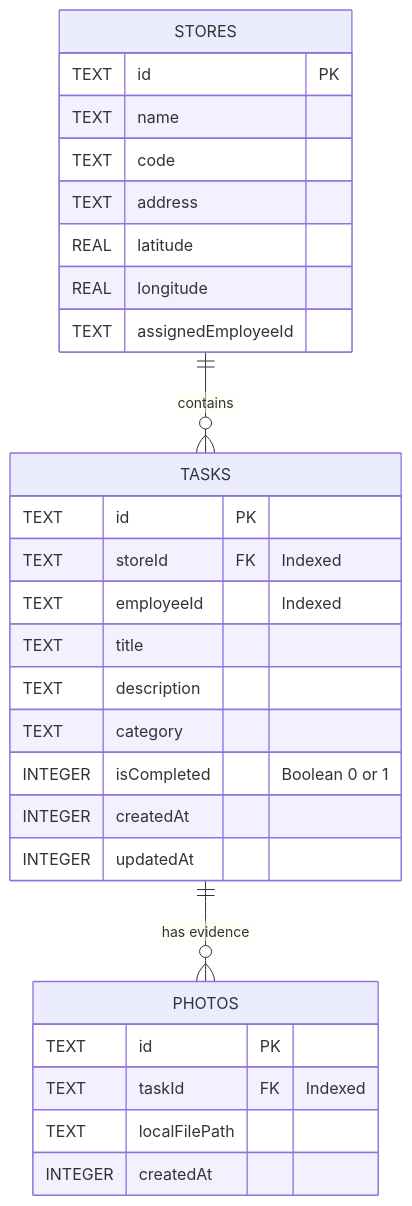
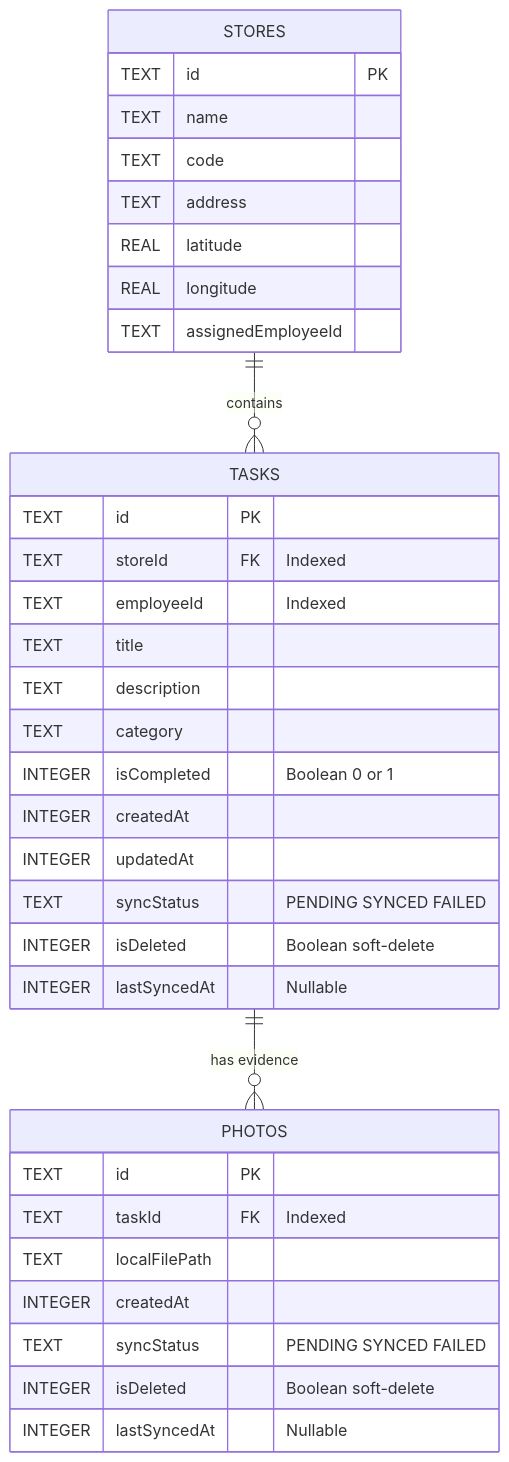
Before and after one commit to nazeefc/StoreVisitManagement: the first of 3 diagrams in README.md, drawn with Mermaid. The commit also changed other lines of this file and 27 other files, not shown here.

````diff
--- a/README.md
+++ b/README.md
@@ -46,34 +48,40 @@
 ```mermaid
 erDiagram
     STORES ||--o{ TASKS : "contains"
     TASKS ||--o{ PHOTOS : "has evidence"
 
     STORES {
         TEXT id PK
         TEXT name
         TEXT code
         TEXT address
         REAL latitude
         REAL longitude
         TEXT assignedEmployeeId
     }
 
     TASKS {
         TEXT id PK
         TEXT storeId FK "Indexed"
         TEXT employeeId "Indexed"
         TEXT title
         TEXT description
         TEXT category
         INTEGER isCompleted "Boolean 0 or 1"
         INTEGER createdAt
         INTEGER updatedAt
+        TEXT syncStatus "PENDING SYNCED FAILED"
+        INTEGER isDeleted "Boolean soft-delete"
+        INTEGER lastSyncedAt "Nullable"
     }
 
     PHOTOS {
         TEXT id PK
         TEXT taskId FK "Indexed"
         TEXT localFilePath
         INTEGER createdAt
+        TEXT syncStatus "PENDING SYNCED FAILED"
+        INTEGER isDeleted "Boolean soft-delete"
+        INTEGER lastSyncedAt "Nullable"
     }
 ```
````
